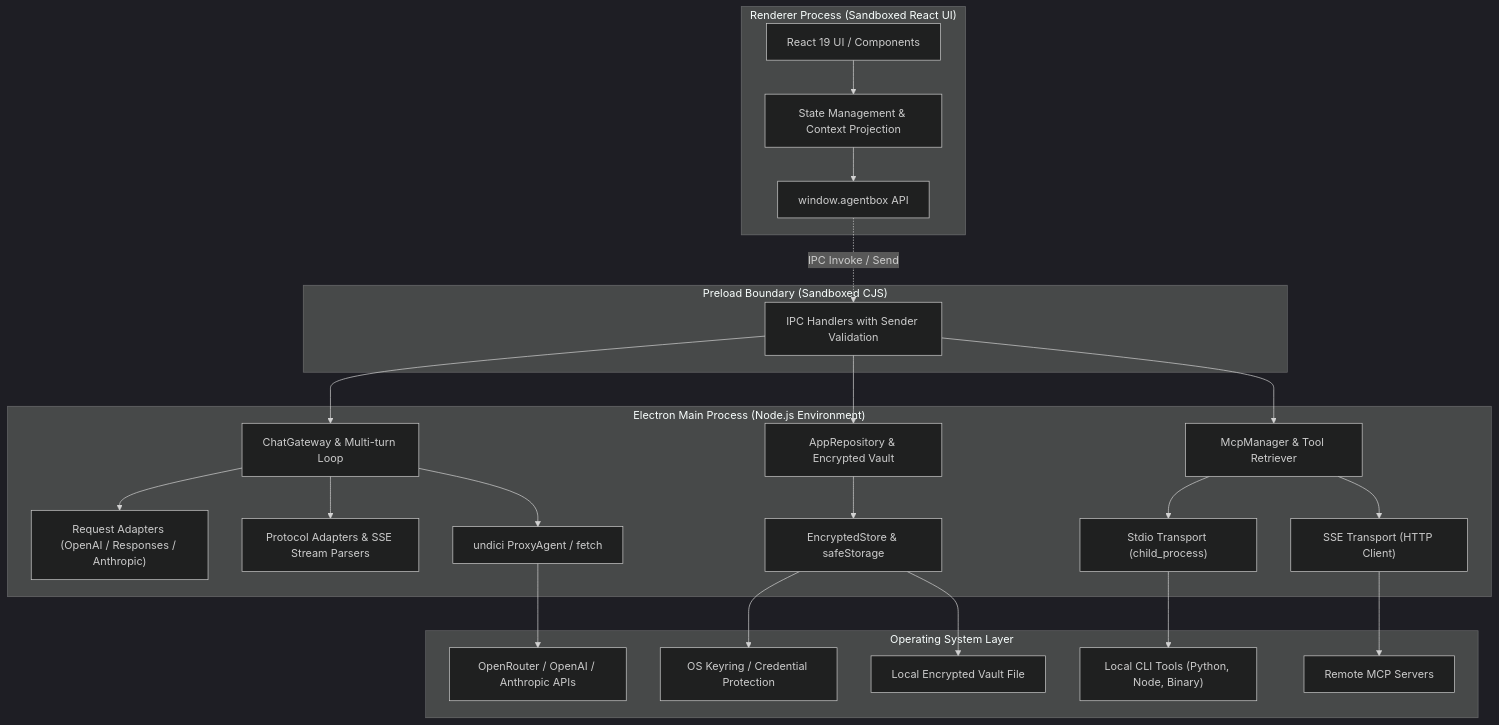
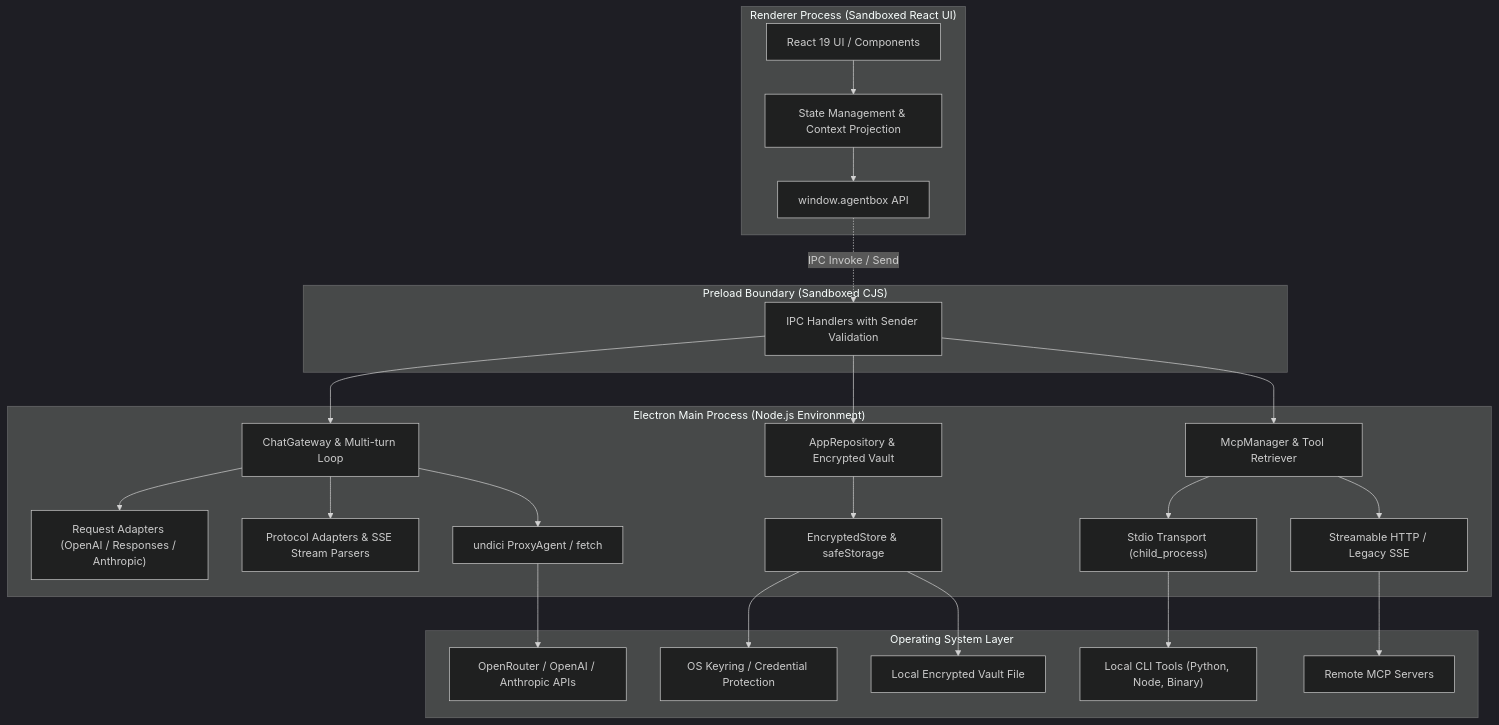
One commit to ac-1e9plus7/agent-box changed the diagram in docs/architecture.md. Above: the diagram before and after it, drawn with Mermaid (dark theme). The commit also changed 35 other files, not shown here.

````diff
--- a/docs/architecture.md
+++ b/docs/architecture.md
@@ -9,37 +9,37 @@
 ```mermaid
 graph TB
     subgraph Renderer_Process ["Renderer Process (Sandboxed React UI)"]
         UI["React 19 UI / Components"]
         State["State Management & Context Projection"]
         PreloadAPI["window.agentbox API"]
         UI --> State
         State --> PreloadAPI
     end
 
     subgraph Preload ["Preload Boundary (Sandboxed CJS)"]
         PreloadAPI -.->|"IPC Invoke / Send"| IPC_Bridge["IPC Handlers with Sender Validation"]
     end
 
     subgraph Main_Process ["Electron Main Process (Node.js Environment)"]
         IPC_Bridge --> Gateway["ChatGateway & Multi-turn Loop"]
         IPC_Bridge --> Repo["AppRepository & Encrypted Vault"]
         IPC_Bridge --> McpMgr["McpManager & Tool Retriever"]
 
         Gateway --> ReqAdapters["Request Adapters (OpenAI / Responses / Anthropic)"]
         Gateway --> ProtAdapters["Protocol Adapters & SSE Stream Parsers"]
         Gateway --> ProxyDispatcher["undici ProxyAgent / fetch"]
 
         McpMgr --> StdioTrans["Stdio Transport (child_process)"]
-        McpMgr --> SseTrans["SSE Transport (HTTP Client)"]
+        McpMgr --> SseTrans["Streamable HTTP / Legacy SSE"]
 
         Repo --> EncStore["EncryptedStore & safeStorage"]
     end
 
     subgraph OS_Layer ["Operating System Layer"]
         EncStore --> CredentialStore["OS Keyring / Credential Protection"]
         EncStore --> DiskStorage["Local Encrypted Vault File"]
         StdioTrans --> LocalMCP["Local CLI Tools (Python, Node, Binary)"]
         ProxyDispatcher --> CloudAPI["OpenRouter / OpenAI / Anthropic APIs"]
         SseTrans --> RemoteMCP["Remote MCP Servers"]
     end
 ```
````
